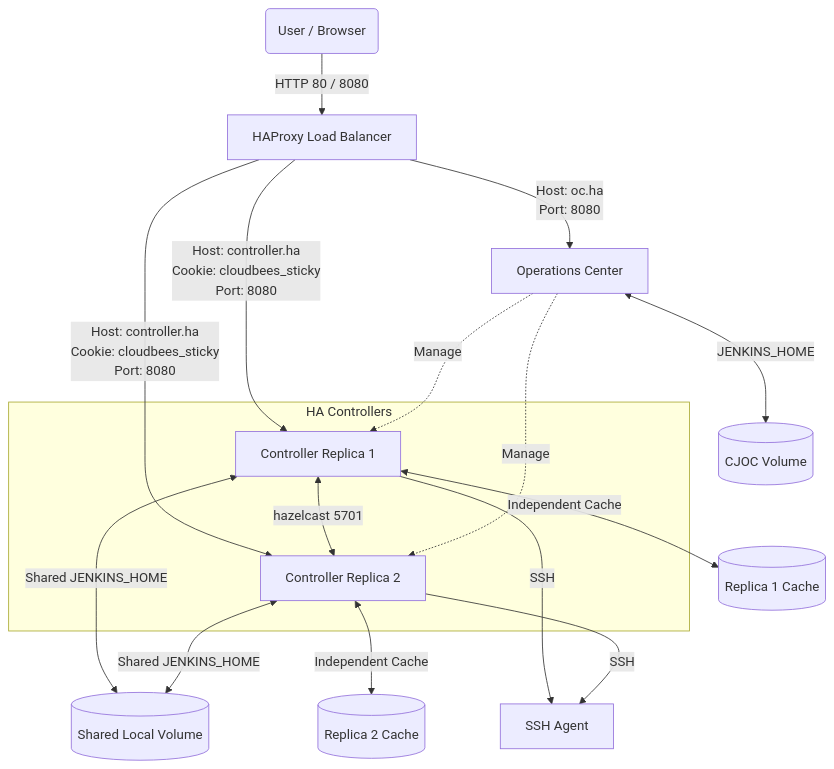
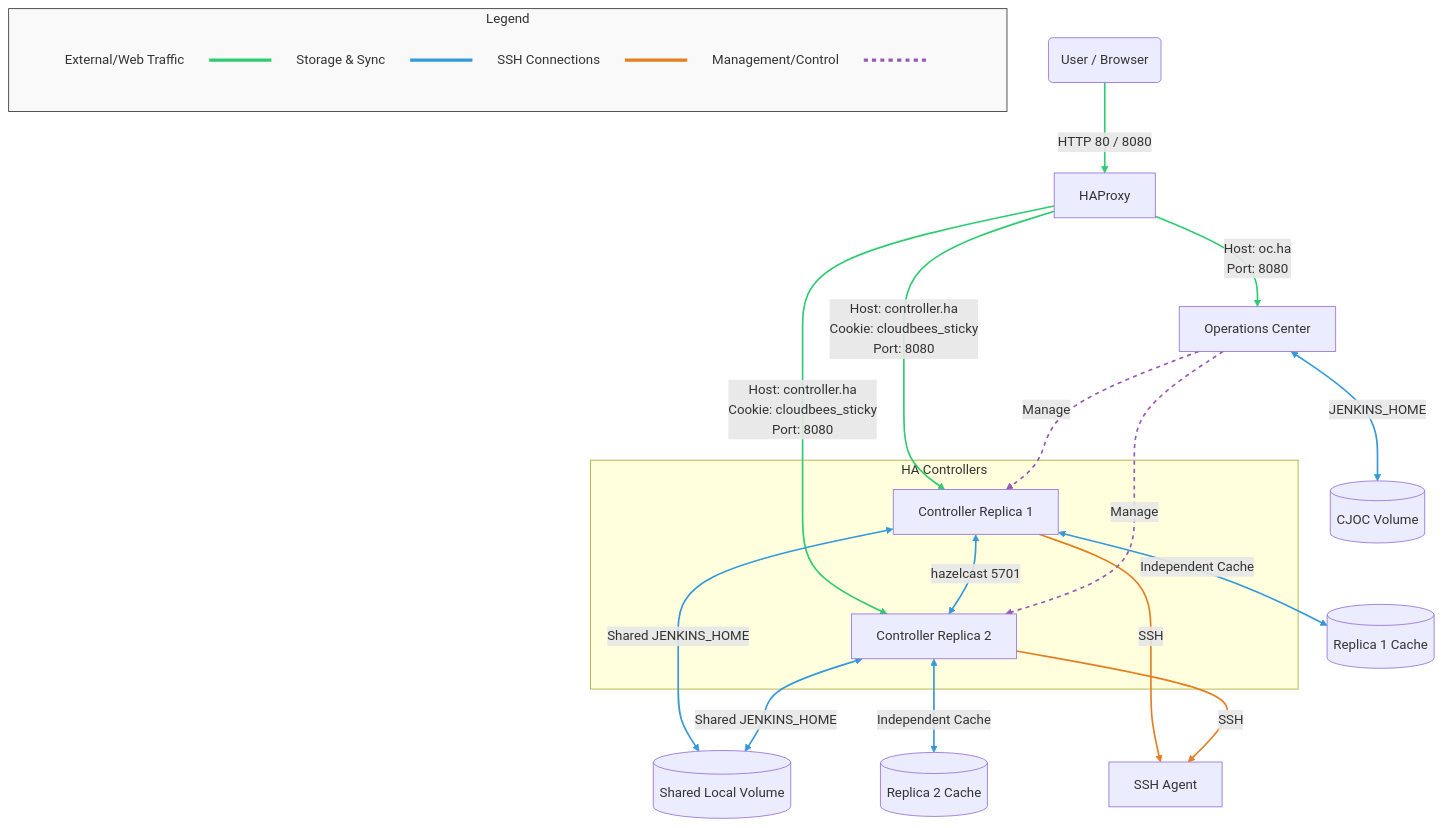
Before and after one commit to cb-ci/ci-traditional-ha: the first of 3 diagrams in README.md, drawn with Mermaid. The commit also changed other lines of this file, not shown here.

Commit message:
feat: Enhance Mermaid diagrams with a new legend and link styling, and simplify node labels.

````diff
--- a/README.md
+++ b/README.md
@@ -40,28 +40,54 @@
 ```mermaid
 graph TD
-    Client(User / Browser) -->|HTTP 80 / 8080| HAProxy[HAProxy Load Balancer]
+    Client(User / Browser) -->|HTTP 80 / 8080| HAProxy[HAProxy]
     
     HAProxy -->|Host: oc.ha<br>Port: 8080| CJOC[Operations Center]
     
     subgraph HA_Controllers ["HA Controllers"]
         Controller1[Controller Replica 1]
         Controller2[Controller Replica 2]
     end
     
     HAProxy -->|Host: controller.ha<br>Cookie: cloudbees_sticky<br>Port: 8080| Controller1
     HAProxy -->|Host: controller.ha<br>Cookie: cloudbees_sticky<br>Port: 8080| Controller2
     
     CJOC <-->|JENKINS_HOME| CJOCHome[(CJOC Volume)]
     Controller1 <-->|Shared JENKINS_HOME| JenkinsHome[(Shared Local Volume)]
     Controller2 <-->|Shared JENKINS_HOME| JenkinsHome
     
     Controller1 <-->|hazelcast 5701| Controller2
     Controller1 <-->|Independent Cache| Cache1[(Replica 1 Cache)]
     Controller2 <-->|Independent Cache| Cache2[(Replica 2 Cache)]
     
     Controller1 -->|SSH| SSHAgent[SSH Agent]
     Controller2 -->|SSH| SSHAgent
     
     CJOC -.->|Manage| Controller1
     CJOC -.->|Manage| Controller2
+
+
+    %% Legend Subgraph
+    subgraph Legend
+        L1[External/Web Traffic] --- L2[Storage & Sync] --- L3[SSH Connections] --- L4[Management/Control] --- L5[ ]
+    end
+
+    %% Apply Styles to Diagram
+    linkStyle 0,1,2,3 stroke:#2ecc71,stroke-width:2px;          
+    linkStyle 4,5,6,7,8,9 stroke:#3498db,stroke-width:2px;    
+    linkStyle 10,11 stroke:#e67e22,stroke-width:2px;          
+    linkStyle 12,13 stroke:#9b59b6,stroke-width:2px,stroke-dasharray: 5 5;
+
+    %% Apply Styles to Legend Lines
+    linkStyle 14 stroke:#2ecc71,stroke-width:4px;
+    linkStyle 15 stroke:#3498db,stroke-width:4px;
+    linkStyle 16 stroke:#e67e22,stroke-width:4px;
+    linkStyle 17 stroke:#9b59b6,stroke-width:4px,stroke-dasharray: 5 5;
+    
+    %% Make Legend nodes look like simple labels
+    style Legend fill:#f9f9f9,stroke:#333,stroke-width:1px
+    style L1 fill:none,stroke:none
+    style L2 fill:none,stroke:none
+    style L3 fill:none,stroke:none
+    style L4 fill:none,stroke:none
+    style L5 fill:none,stroke:none
 ```
````
